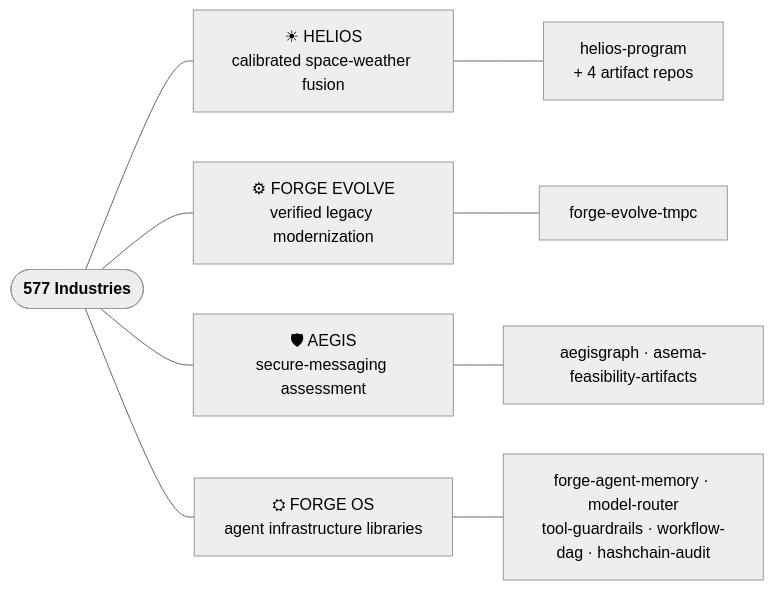
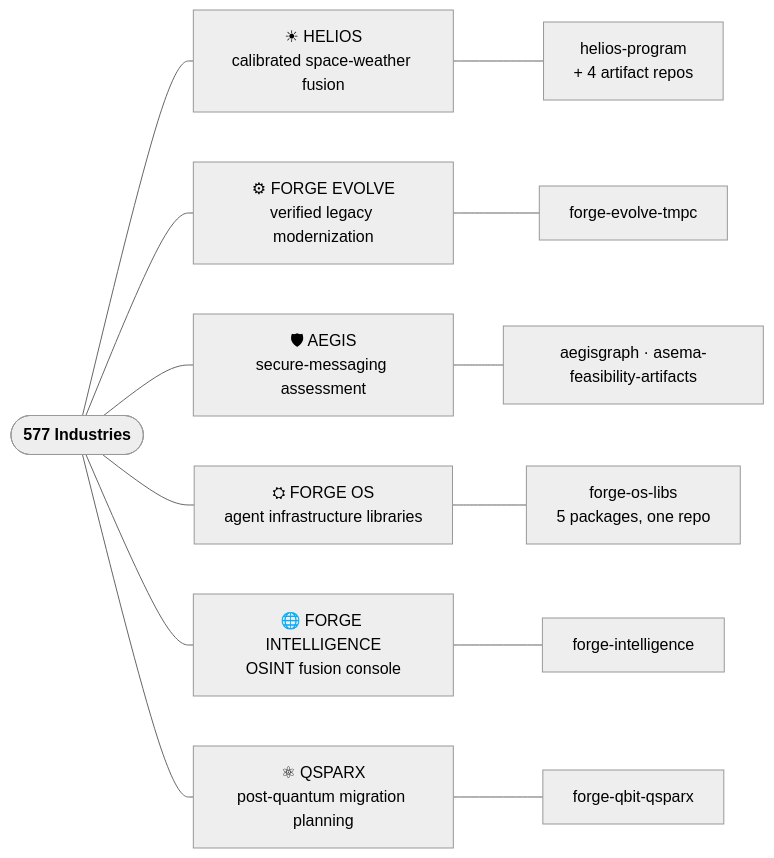
One commit to 577Industries/.github changed the diagram in profile/README.md. Above: the diagram before and after it, drawn with Mermaid. The commit also changed other lines of this file, not shown here.

First line of the commit message:
docs(profile): refresh for the consolidated org (#3)

````diff
--- a/profile/README.md
+++ b/profile/README.md
@@ -30,14 +30,18 @@
 ```mermaid
 %%{init: {'theme':'neutral'}}%%
 flowchart LR
     ORG(["577 Industries"]):::org
     ORG --- HELIOS["☀ HELIOS<br/>calibrated space-weather fusion"]
     ORG --- EVOLVE["⚙ FORGE EVOLVE<br/>verified legacy modernization"]
     ORG --- AEGIS["🛡 AEGIS<br/>secure-messaging assessment"]
     ORG --- FOS["⛭ FORGE OS<br/>agent infrastructure libraries"]
+    ORG --- FI["🌐 FORGE INTELLIGENCE<br/>OSINT fusion console"]
+    ORG --- QS["⚛ QSPARX<br/>post-quantum migration planning"]
     HELIOS --- hp["helios-program<br/>+ 4 artifact repos"]
     EVOLVE --- fe["forge-evolve-tmpc"]
     AEGIS --- ag["aegisgraph · asema-feasibility-artifacts"]
-    FOS --- fl["forge-agent-memory · model-router<br/>tool-guardrails · workflow-dag · hashchain-audit"]
+    FOS --- fl["forge-os-libs<br/>5 packages, one repo"]
+    FI --- fi["forge-intelligence"]
+    QS --- qs["forge-qbit-qsparx"]
     classDef org font-weight:bold
 ```
````
